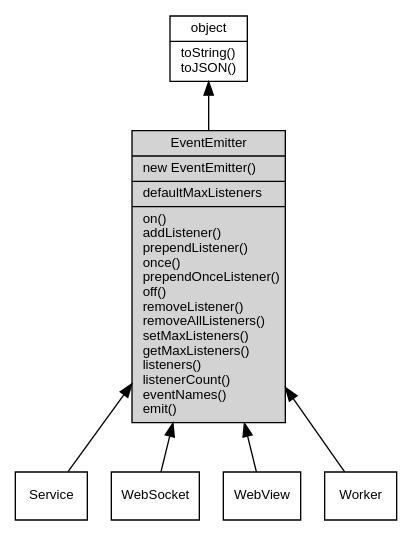
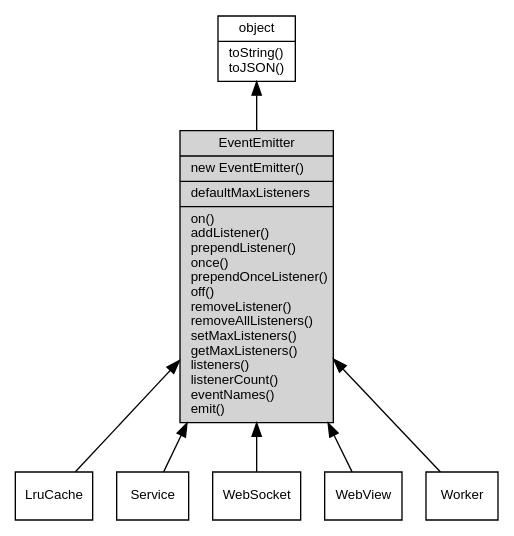
The diagram in docs/manual/object/ifs/EventEmitter.md (fibjs/fibjs.org), drawn with Graphviz before and after one commit. The commit also changed 20 other files, not shown here.

````diff
--- a/docs/manual/object/ifs/EventEmitter.md
+++ b/docs/manual/object/ifs/EventEmitter.md
@@ -13,18 +13,20 @@
 ```dot
 digraph {
     node [fontname="Helvetica,sans-Serif", fontsize=10, shape="record", style="filled", fillcolor="white"];
 
     object [tooltip="object", URL="object.md", label="{object|toString()\ltoJSON()\l}"];
     EventEmitter [tooltip="EventEmitter", fillcolor="lightgray", id="me", label="{EventEmitter|new EventEmitter()\l|defaultMaxListeners\l|on()\laddListener()\lprependListener()\lonce()\lprependOnceListener()\loff()\lremoveListener()\lremoveAllListeners()\lsetMaxListeners()\lgetMaxListeners()\llisteners()\llistenerCount()\leventNames()\lemit()\l}"];
+    LruCache [tooltip="LruCache", URL="LruCache.md", label="{LruCache}"];
     Service [tooltip="Service", URL="Service.md", label="{Service}"];
     WebSocket [tooltip="WebSocket", URL="WebSocket.md", label="{WebSocket}"];
     WebView [tooltip="WebView", URL="WebView.md", label="{WebView}"];
     Worker [tooltip="Worker", URL="Worker.md", label="{Worker}"];
 
     object -> EventEmitter [dir=back];
+    EventEmitter -> LruCache [dir=back];
     EventEmitter -> Service [dir=back];
     EventEmitter -> WebSocket [dir=back];
     EventEmitter -> WebView [dir=back];
     EventEmitter -> Worker [dir=back];
 }
 ```
````
